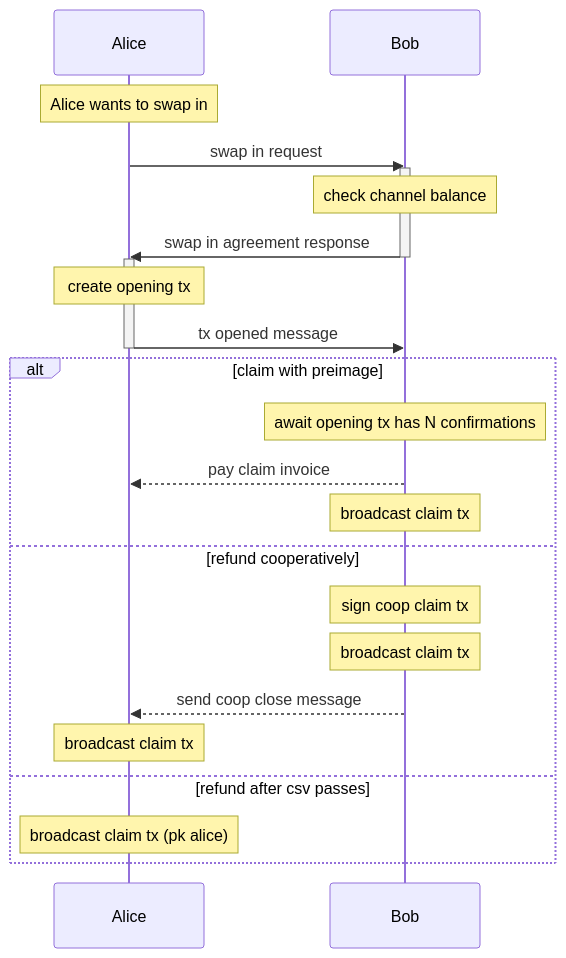
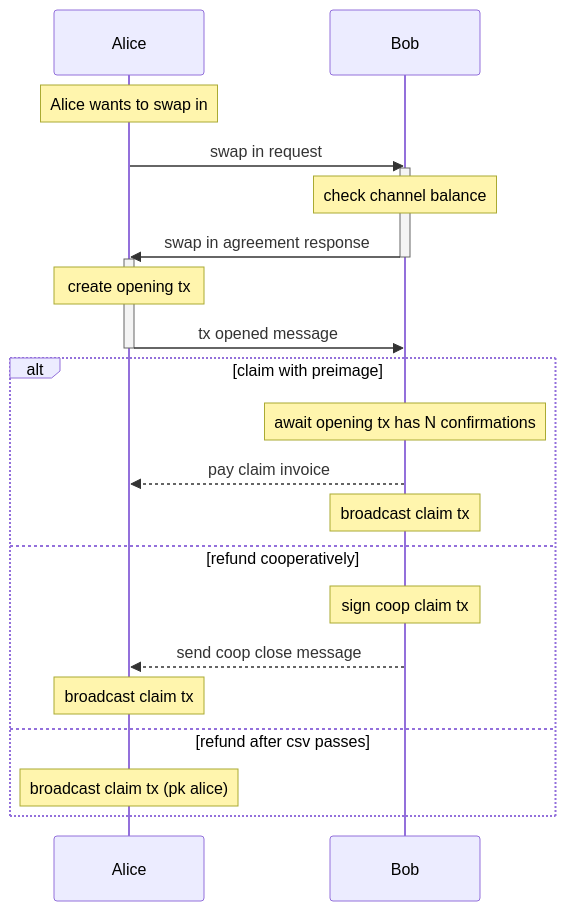
One commit to ElementsProject/peerswap changed the diagram in docs/mmd/swap-in-sequence.md. Above: the diagram before and after it, drawn with Mermaid. The commit also changed 1 other file, not shown here.

Commit message:
docs: Deleted bloadcast claim tx in sequence [skip ci]
Removed the bloadcast of claim tx on the responder
side from the coop close, since the bloadcast of claim tx
was listed on both the initiator and responder side.

````diff
--- a/docs/mmd/swap-in-sequence.md
+++ b/docs/mmd/swap-in-sequence.md
@@ -1,29 +1,28 @@
 ```mermaid
 sequenceDiagram
 participant A as Alice
 participant B as Bob
 
 Note over A: Alice wants to swap in
 
 A->>B: swap in request
 activate B
 Note over B: check channel balance
 B->>A: swap in agreement response
 deactivate B
 activate A
 Note over A: create opening tx
 A->>B: tx opened message
 deactivate A
 alt claim with preimage
 Note over B: await opening tx has N confirmations
 B-->>A: pay claim invoice
 Note over B: broadcast claim tx
 else refund cooperatively
 Note over B: sign coop claim tx
-Note over B: broadcast claim tx
 B-->>A: send coop close message
 Note over A: broadcast claim tx
 else refund after csv passes
 Note over A: broadcast claim tx (pk alice)
 end
 ```
````
